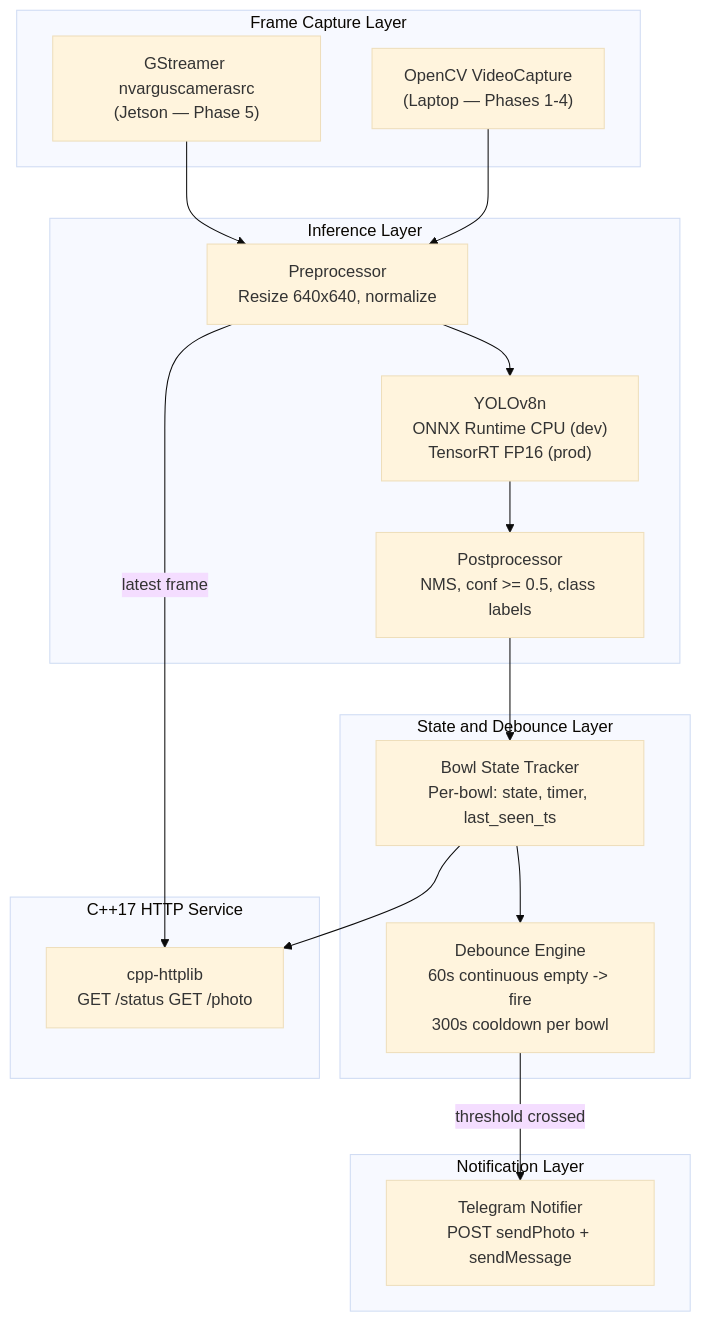
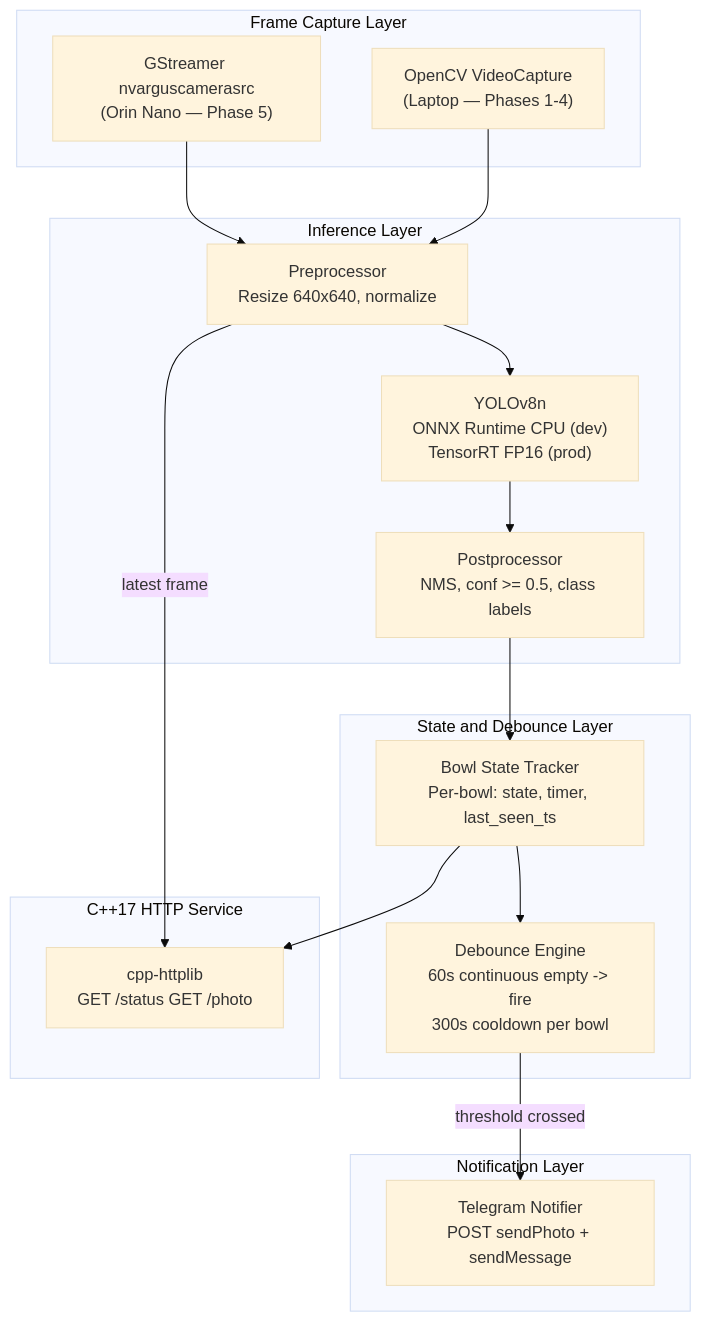
Before and after one commit to afonsocosta90/CatBowlWatch: the second of 4 diagrams in docs/ARCHITECTURE.md, drawn with Mermaid (base theme). The commit also changed other lines of this file and 3 other files, not shown here.

````diff
--- a/docs/ARCHITECTURE.md
+++ b/docs/ARCHITECTURE.md
@@ -28,33 +28,33 @@
 ```mermaid
 flowchart TD
     subgraph Capture["Frame Capture Layer"]
-        A1["GStreamer nvarguscamerasrc<br/>(Jetson — Phase 5)"]
+        A1["GStreamer nvarguscamerasrc<br/>(Orin Nano — Phase 5)"]
         A2["OpenCV VideoCapture<br/>(Laptop — Phases 1-4)"]
     end
 
     subgraph Inference["Inference Layer"]
         B1["Preprocessor<br/>Resize 640x640, normalize"]
         B2["YOLOv8n<br/>ONNX Runtime CPU (dev)<br/>TensorRT FP16 (prod)"]
         B3["Postprocessor<br/>NMS, conf >= 0.5, class labels"]
     end
 
     subgraph State["State and Debounce Layer"]
         C1["Bowl State Tracker<br/>Per-bowl: state, timer, last_seen_ts"]
         C2["Debounce Engine<br/>60s continuous empty -> fire<br/>300s cooldown per bowl"]
     end
 
     subgraph Service["C++17 HTTP Service"]
         D1["cpp-httplib<br/>GET /status  GET /photo"]
     end
 
     subgraph Notify["Notification Layer"]
         E1["Telegram Notifier<br/>POST sendPhoto + sendMessage"]
     end
 
     A1 --> B1
     A2 --> B1
     B1 --> B2 --> B3 --> C1 --> C2
     C2 -->|threshold crossed| E1
     C1 --> D1
     B1 -->|latest frame| D1
 ```
````
